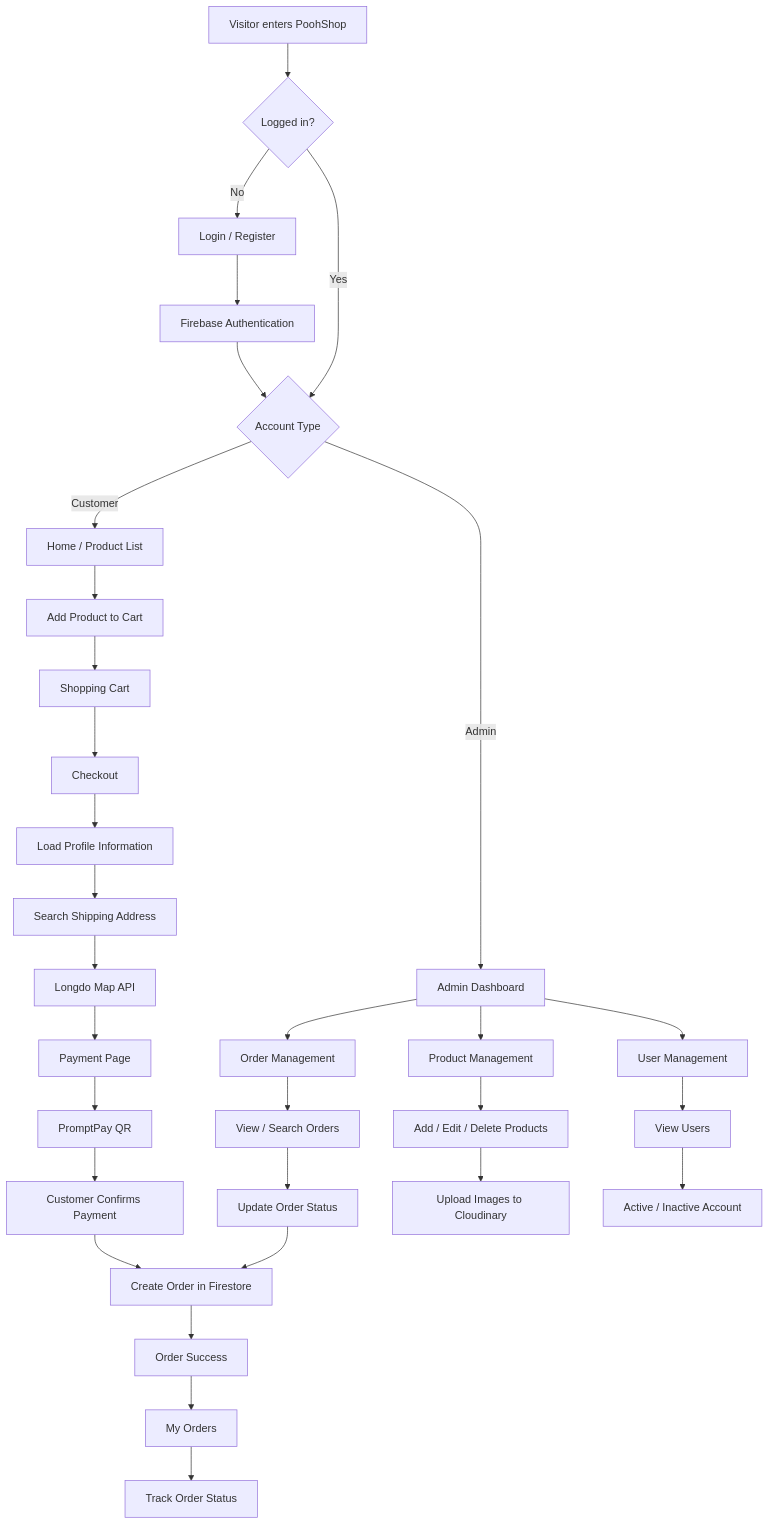
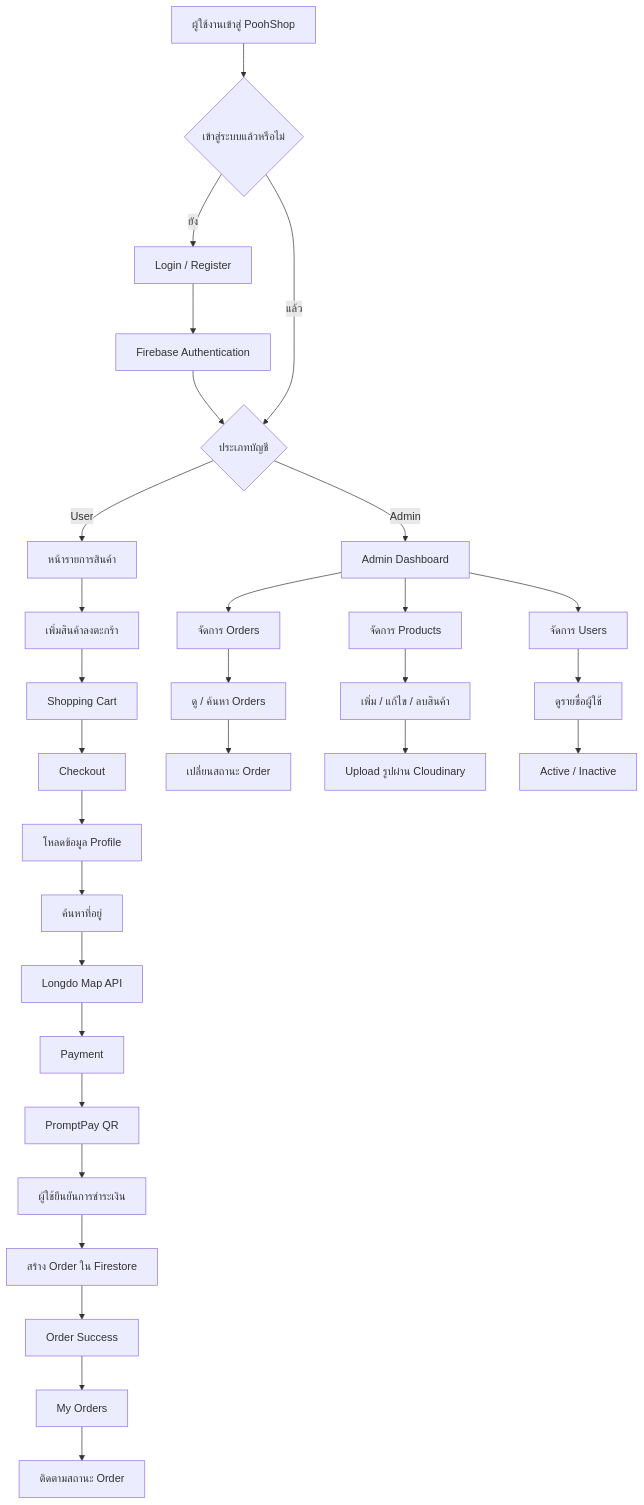
Before and after one commit to Woodpekerrr/pooh-shop: the diagram in README.md, drawn with Mermaid. The commit also changed other lines of this file and 8 other files, not shown here.

````diff
--- a/README.md
+++ b/README.md
@@ -92,43 +105,42 @@
 ```mermaid
 flowchart TD
-    A[Visitor enters PoohShop] --> B{Logged in?}
+    A[ผู้ใช้งานเข้าสู่ PoohShop] --> B{เข้าสู่ระบบแล้วหรือไม่}
 
-    B -- No --> C[Login / Register]
+    B -- ยัง --> C[Login / Register]
     C --> D[Firebase Authentication]
-    D --> E{Account Type}
+    D --> E{ประเภทบัญชี}
 
-    B -- Yes --> E
+    B -- แล้ว --> E
 
-    E -- Customer --> F[Home / Product List]
+    E -- User --> F[หน้ารายการสินค้า]
     E -- Admin --> N[Admin Dashboard]
 
-    F --> G[Add Product to Cart]
+    F --> G[เพิ่มสินค้าลงตะกร้า]
     G --> H[Shopping Cart]
     H --> I[Checkout]
 
-    I --> J[Load Profile Information]
-    J --> K[Search Shipping Address]
+    I --> J[โหลดข้อมูล Profile]
+    J --> K[ค้นหาที่อยู่]
     K --> L[Longdo Map API]
-    L --> M[Payment Page]
+    L --> M[Payment]
 
     M --> P[PromptPay QR]
-    P --> Q[Customer Confirms Payment]
-    Q --> R[Create Order in Firestore]
+    P --> Q[ผู้ใช้ยืนยันการชำระเงิน]
+    Q --> R[สร้าง Order ใน Firestore]
     R --> S[Order Success]
     S --> T[My Orders]
-    T --> U[Track Order Status]
+    T --> U[ติดตามสถานะ Order]
 
-    N --> V[Order Management]
-    N --> W[Product Management]
-    N --> X[User Management]
+    N --> V[จัดการ Orders]
+    N --> W[จัดการ Products]
+    N --> X[จัดการ Users]
 
-    V --> Y[View / Search Orders]
-    Y --> Z[Update Order Status]
-    Z --> R
+    V --> Y[ดู / ค้นหา Orders]
+    Y --> Z[เปลี่ยนสถานะ Order]
 
-    W --> AA[Add / Edit / Delete Products]
-    AA --> AB[Upload Images to Cloudinary]
+    W --> AA[เพิ่ม / แก้ไข / ลบสินค้า]
+    AA --> AB[Upload รูปผ่าน Cloudinary]
 
-    X --> AC[View Users]
-    AC --> AD[Active / Inactive Account]
+    X --> AC[ดูรายชื่อผู้ใช้]
+    AC --> AD[Active / Inactive]
 ```
````
